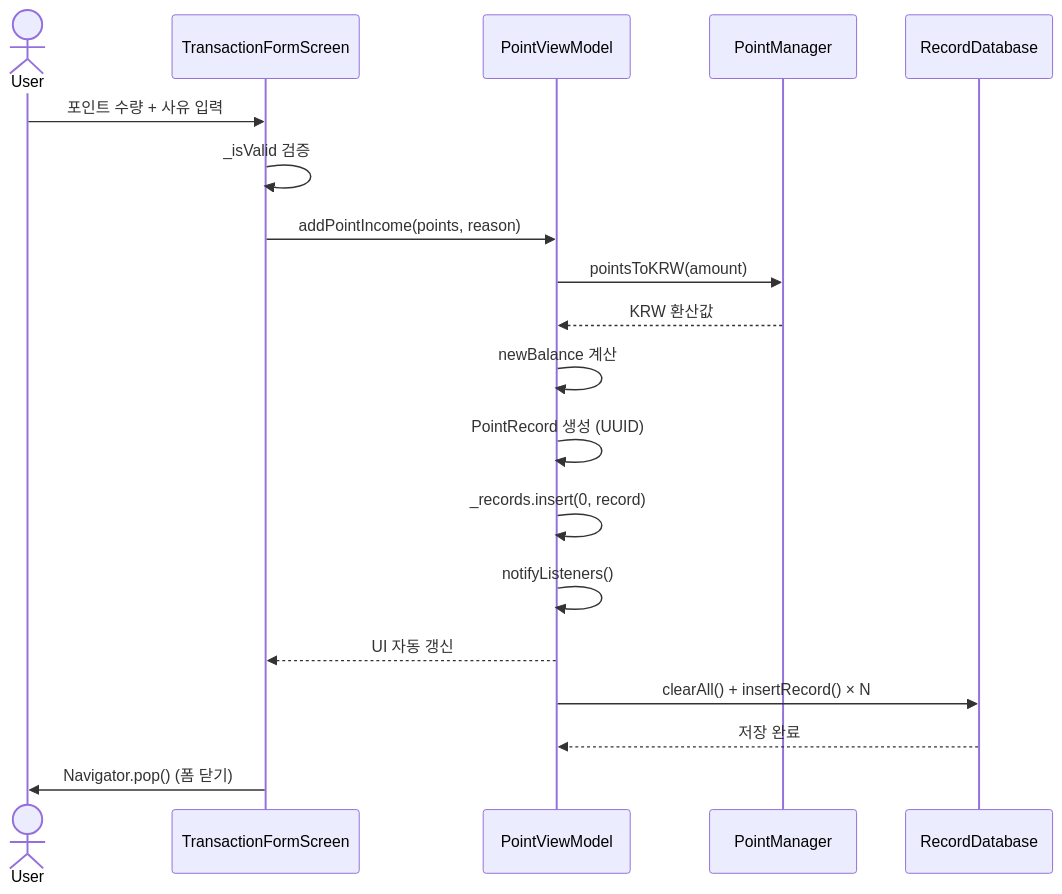
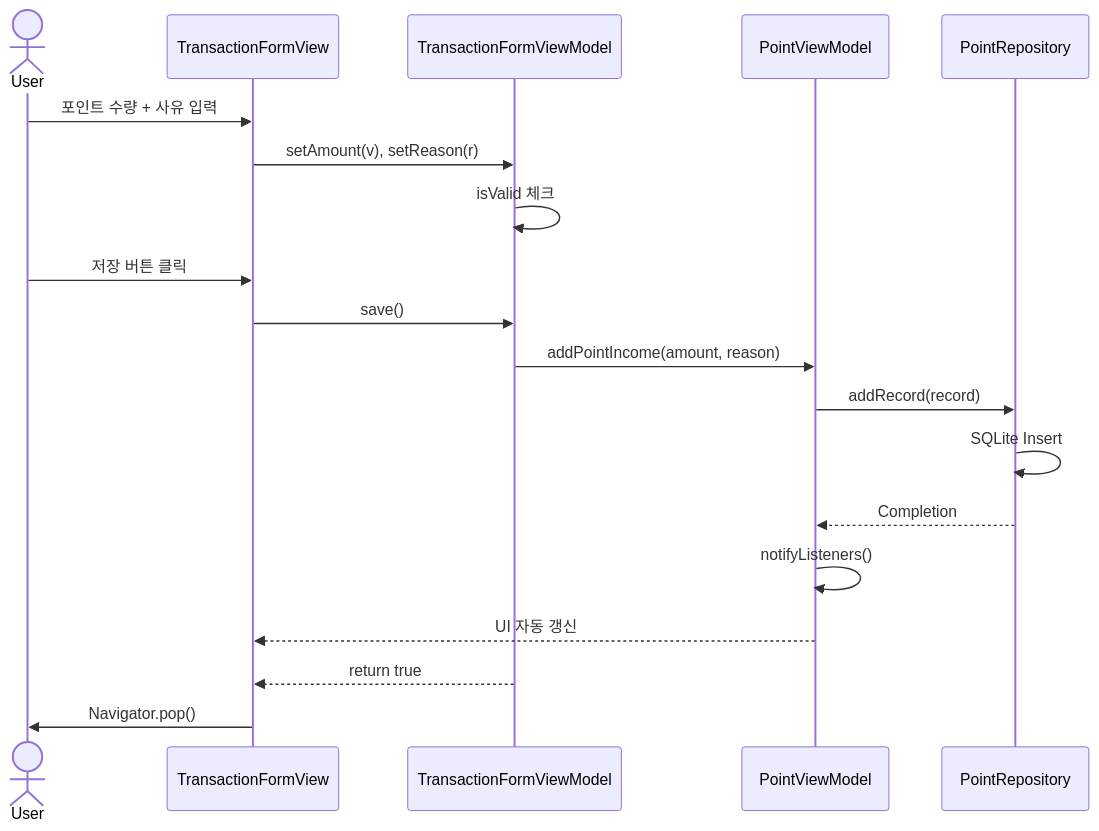
Before and after one commit to goodsw4all/wawapoint_flutter: the third of 18 diagrams in docs/ARCHITECTURE.md, drawn with Mermaid. The commit also changed other lines of this file and 8 other files, not shown here.

Commit message:
feat: Introduce dedicated view models and a point repository to enhance application architecture and state management.

````diff
--- a/docs/ARCHITECTURE.md
+++ b/docs/ARCHITECTURE.md
@@ -203,22 +218,22 @@
 ```mermaid
 sequenceDiagram
     actor User
-    participant TFS as TransactionFormScreen
+    participant V as TransactionFormView
+    participant VM as TransactionFormViewModel
     participant PVM as PointViewModel
-    participant PM as PointManager
-    participant RDB as RecordDatabase
+    participant R as PointRepository
     
-    User->>TFS: 포인트 수량 + 사유 입력
-    TFS->>TFS: _isValid 검증
-    TFS->>PVM: addPointIncome(points, reason)
-    PVM->>PM: pointsToKRW(amount)
-    PM-->>PVM: KRW 환산값
-    PVM->>PVM: newBalance 계산
-    PVM->>PVM: PointRecord 생성 (UUID)
-    PVM->>PVM: _records.insert(0, record)
+    User->>V: 포인트 수량 + 사유 입력
+    V->>VM: setAmount(v), setReason(r)
+    VM->>VM: isValid 체크
+    User->>V: 저장 버튼 클릭
+    V->>VM: save()
+    VM->>PVM: addPointIncome(amount, reason)
+    PVM->>R: addRecord(record)
+    R->>R: SQLite Insert
+    R-->>PVM: Completion
     PVM->>PVM: notifyListeners()
-    PVM-->>TFS: UI 자동 갱신
-    PVM->>RDB: clearAll() + insertRecord() × N
-    RDB-->>PVM: 저장 완료
-    TFS->>User: Navigator.pop() (폼 닫기)
+    PVM-->>V: UI 자동 갱신
+    VM-->>V: return true
+    V->>User: Navigator.pop()
 ```
````
